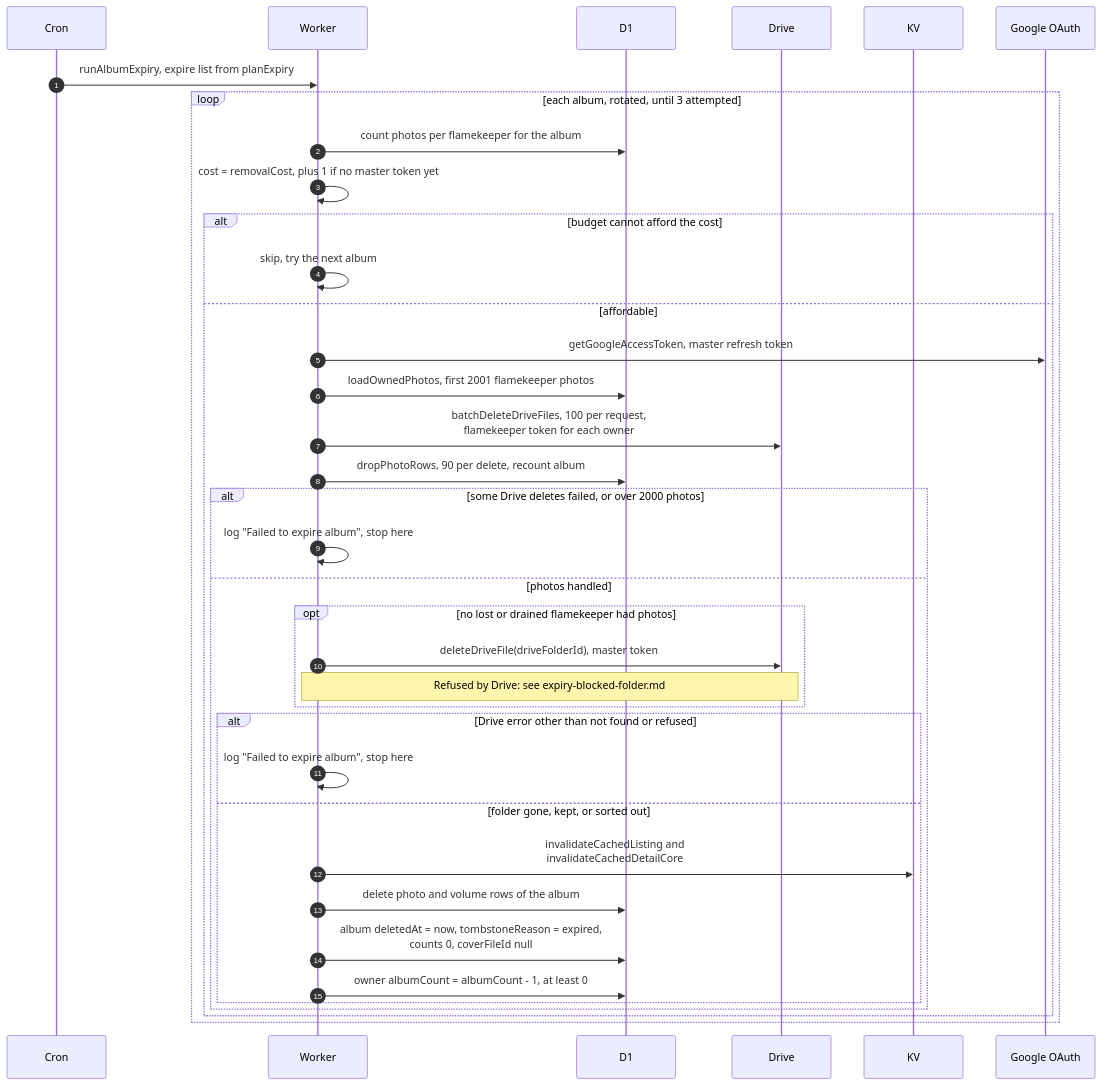
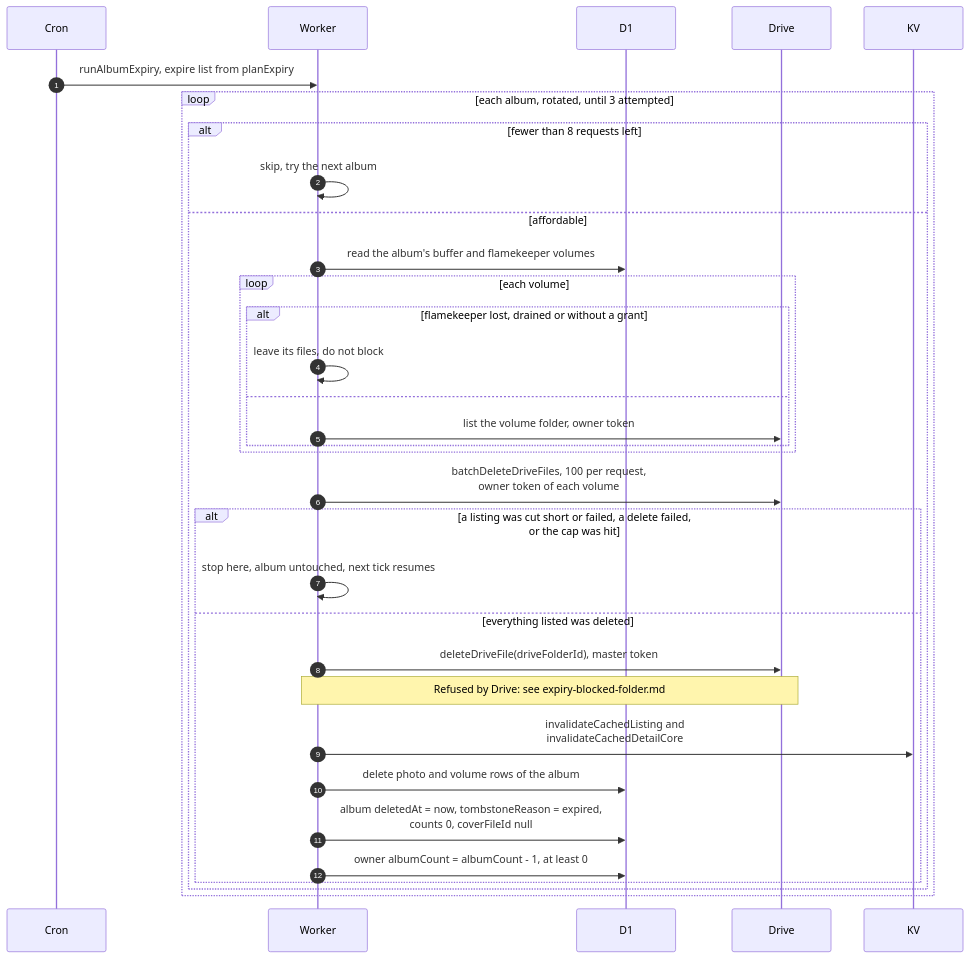
The diagram in docs/scenarios/cron/albums-and-housekeeping/expiry-delete.md (sagyzdop/meriksirat), drawn with Mermaid before and after one commit. The commit also changed other lines of this file and 15 other files, not shown here.

First line of the commit message:
feat(albums): expire albums from fresh per-owner listings

````diff
--- a/docs/scenarios/cron/albums-and-housekeeping/expiry-delete.md
+++ b/docs/scenarios/cron/albums-and-housekeeping/expiry-delete.md
@@ -40,39 +50,35 @@
 ```mermaid
 sequenceDiagram
     autonumber
     participant Cron
     participant Worker
     participant D1
     participant Drive
     participant KV
-    participant Google OAuth
     Cron->>Worker: runAlbumExpiry, expire list from planExpiry
     loop each album, rotated, until 3 attempted
-        Worker->>D1: count photos per flamekeeper for the album
-        Worker->>Worker: cost = removalCost, plus 1 if no master token yet
-        alt budget cannot afford the cost
+        alt fewer than 8 requests left
             Worker->>Worker: skip, try the next album
         else affordable
-            Worker->>Google OAuth: getGoogleAccessToken, master refresh token
-            Worker->>D1: loadOwnedPhotos, first 2001 flamekeeper photos
-            Worker->>Drive: batchDeleteDriveFiles, 100 per request,<br/>flamekeeper token for each owner
-            Worker->>D1: dropPhotoRows, 90 per delete, recount album
-            alt some Drive deletes failed, or over 2000 photos
-                Worker->>Worker: log "Failed to expire album", stop here
-            else photos handled
-                opt no lost or drained flamekeeper had photos
-                    Worker->>Drive: deleteDriveFile(driveFolderId), master token
-                    Note over Worker,Drive: Refused by Drive: see expiry-blocked-folder.md
+            Worker->>D1: read the album's buffer and flamekeeper volumes
+            loop each volume
+                alt flamekeeper lost, drained or without a grant
+                    Worker->>Worker: leave its files, do not block
+                else
+                    Worker->>Drive: list the volume folder, owner token
                 end
-                alt Drive error other than not found or refused
-                    Worker->>Worker: log "Failed to expire album", stop here
-                else folder gone, kept, or sorted out
-                    Worker->>KV: invalidateCachedListing and<br/>invalidateCachedDetailCore
-                    Worker->>D1: delete photo and volume rows of the album
-                    Worker->>D1: album deletedAt = now, tombstoneReason = expired,<br/>counts 0, coverFileId null
-                    Worker->>D1: owner albumCount = albumCount - 1, at least 0
-                end
+            end
+            Worker->>Drive: batchDeleteDriveFiles, 100 per request,<br/>owner token of each volume
+            alt a listing was cut short or failed, a delete failed,<br/>or the cap was hit
+                Worker->>Worker: stop here, album untouched, next tick resumes
+            else everything listed was deleted
+                Worker->>Drive: deleteDriveFile(driveFolderId), master token
+                Note over Worker,Drive: Refused by Drive: see expiry-blocked-folder.md
+                Worker->>KV: invalidateCachedListing and<br/>invalidateCachedDetailCore
+                Worker->>D1: delete photo and volume rows of the album
+                Worker->>D1: album deletedAt = now, tombstoneReason = expired,<br/>counts 0, coverFileId null
+                Worker->>D1: owner albumCount = albumCount - 1, at least 0
             end
         end
     end
 ```
````
